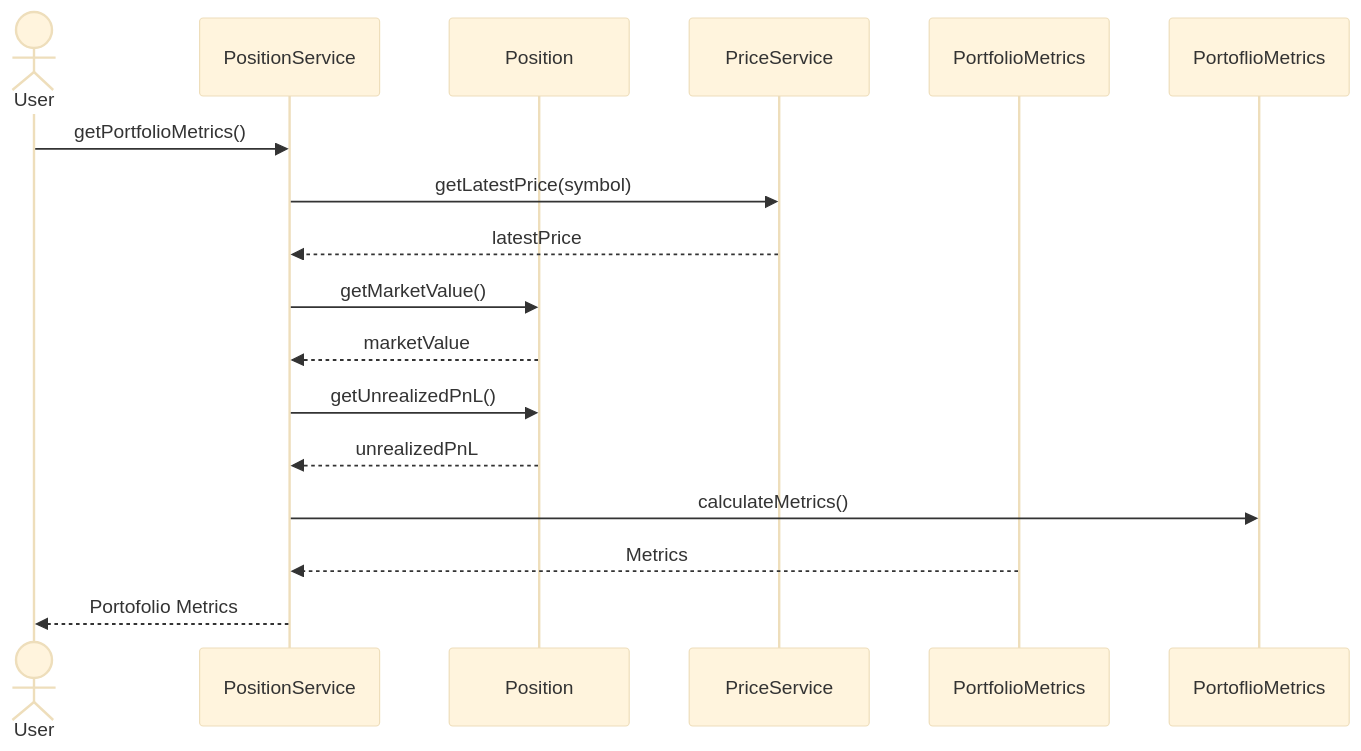
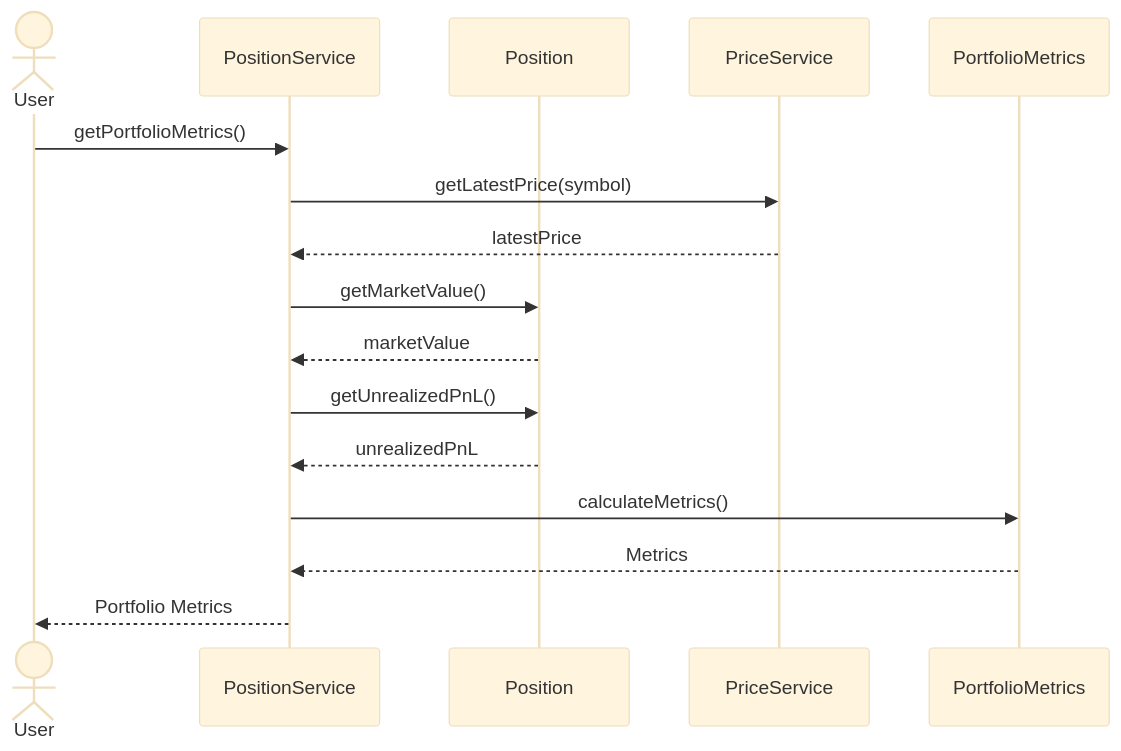
One commit to Narcis24/Tech-Nova-Project changed the diagram in app/docs/Sequence Diagrams/07_Get_Portfolio_Metrics.md. Above: the diagram before and after it, drawn with Mermaid (base theme). The commit also changed 1 other file, not shown here.

Commit message:
Typos corrected in the sequence diagrams

````diff
--- a/app/docs/Sequence Diagrams/07_Get_Portfolio_Metrics.md
+++ b/app/docs/Sequence Diagrams/07_Get_Portfolio_Metrics.md
@@ -1,27 +1,27 @@
 ```mermaid
 
 sequenceDiagram
     actor User
     participant PositionService
     participant Position
     participant PriceService
     participant PortfolioMetrics
 
     User->>PositionService: getPortfolioMetrics()
 
     PositionService->>PriceService: getLatestPrice(symbol)
     PriceService-->>PositionService: latestPrice
 
     PositionService->>Position: getMarketValue()
     Position-->>PositionService: marketValue
 
     PositionService->>Position: getUnrealizedPnL()
     Position-->>PositionService: unrealizedPnL
 
-    PositionService->>PortoflioMetrics: calculateMetrics()
+    PositionService->>PortfolioMetrics: calculateMetrics()
 
     PortfolioMetrics-->>PositionService: Metrics
-    PositionService-->>User: Portofolio Metrics
+    PositionService-->>User: Portfolio Metrics
 
 
 ```
````
